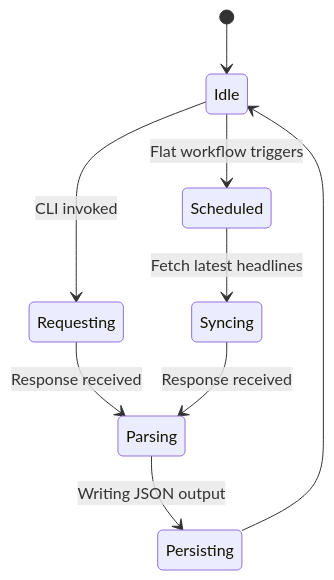
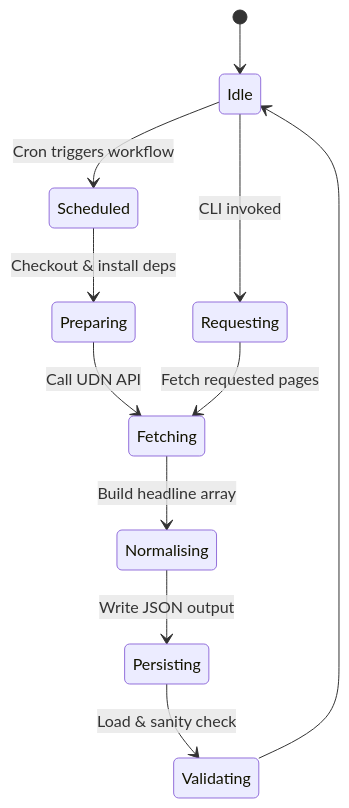
The second of 6 diagrams in README.md (muyueh/test-scarp), drawn with Mermaid before and after one commit. The commit also changed other lines of this file and 2 other files, not shown here.

Commit message:
chore: normalize dataset workflow

````diff
--- a/README.md
+++ b/README.md
@@ -12,11 +24,13 @@
 ```mermaid
 stateDiagram-v2
     [*] --> Idle
     Idle --> Requesting: CLI invoked
-    Idle --> Scheduled: Flat workflow triggers
-    Scheduled --> Syncing: Fetch latest headlines
-    Requesting --> Parsing: Response received
-    Syncing --> Parsing: Response received
-    Parsing --> Persisting: Writing JSON output
-    Persisting --> Idle
+    Idle --> Scheduled: Cron triggers workflow
+    Scheduled --> Preparing: Checkout & install deps
+    Preparing --> Fetching: Call UDN API
+    Requesting --> Fetching: Fetch requested pages
+    Fetching --> Normalising: Build headline array
+    Normalising --> Persisting: Write JSON output
+    Persisting --> Validating: Load & sanity check
+    Validating --> Idle
 ```
````
